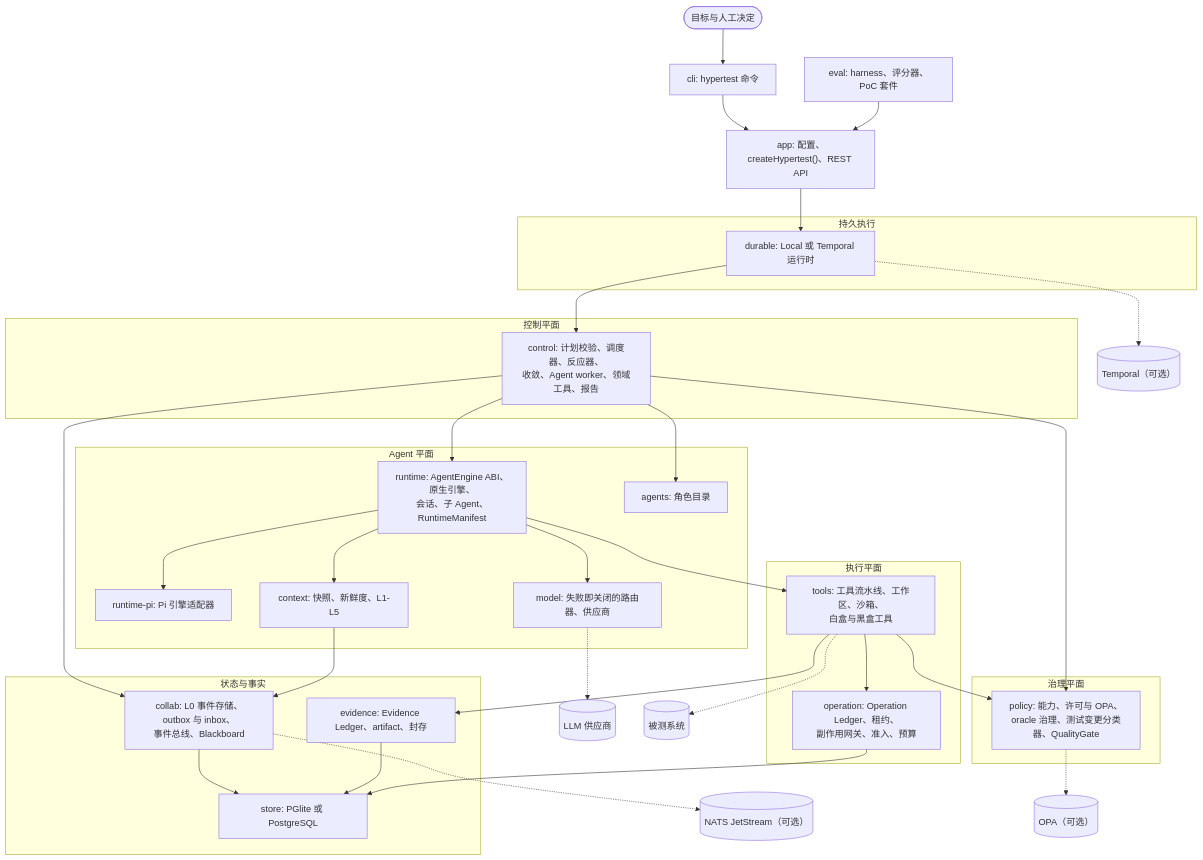
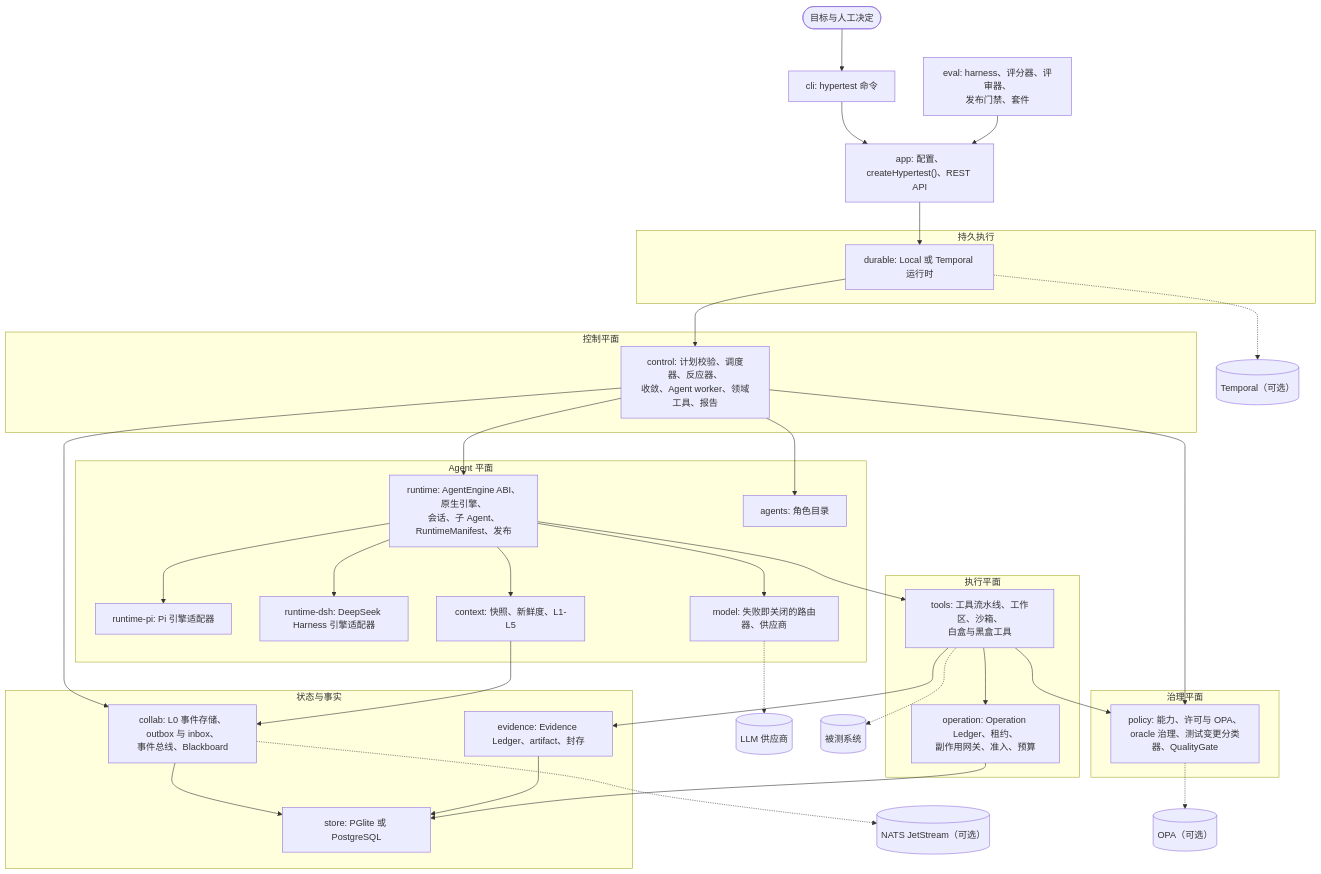
Before and after one commit to ZhangLiangchen/hypertest: the diagram in README.zh-CN.md, drawn with Mermaid. The commit also changed other lines of this file and 110 other files, not shown here.

````diff
--- a/README.zh-CN.md
+++ b/README.zh-CN.md
@@ -48,53 +49,55 @@
 ```mermaid
 flowchart TB
   human(["目标与人工决定"]) --> cli["cli: hypertest 命令"]
   cli --> app["app: 配置、createHypertest()、REST API"]
-  eval["eval: harness、评分器、PoC 套件"] --> app
+  eval["eval: harness、评分器、评审器、<br/>发布门禁、套件"] --> app
   app --> durable
   subgraph DUR["持久执行"]
     durable["durable: Local 或 Temporal 运行时"]
   end
   subgraph CTL["控制平面"]
     control["control: 计划校验、调度器、反应器、<br/>收敛、Agent worker、领域工具、报告"]
   end
   subgraph AGT["Agent 平面"]
-    runtime["runtime: AgentEngine ABI、原生引擎、<br/>会话、子 Agent、RuntimeManifest"]
+    runtime["runtime: AgentEngine ABI、原生引擎、<br/>会话、子 Agent、RuntimeManifest、发布"]
     pi["runtime-pi: Pi 引擎适配器"]
+    dsh["runtime-dsh: DeepSeek Harness 引擎适配器"]
     agents["agents: 角色目录"]
     model["model: 失败即关闭的路由器、供应商"]
     context["context: 快照、新鲜度、L1-L5"]
   end
   subgraph EXE["执行平面"]
     tools["tools: 工具流水线、工作区、沙箱、<br/>白盒与黑盒工具"]
     operation["operation: Operation Ledger、租约、<br/>副作用网关、准入、预算"]
   end
   subgraph GOV["治理平面"]
     policy["policy: 能力、许可与 OPA、<br/>oracle 治理、测试变更分类器、QualityGate"]
   end
   subgraph TRU["状态与事实"]
     collab["collab: L0 事件存储、outbox 与 inbox、<br/>事件总线、Blackboard"]
     evidence["evidence: Evidence Ledger、artifact、封存"]
     store["store: PGlite 或 PostgreSQL"]
   end
   durable --> control
   control --> runtime
   control --> agents
   control --> policy
   control --> collab
   runtime --> pi
+  runtime --> dsh
   runtime --> model
   runtime --> context
   runtime --> tools
   tools --> policy
   tools --> operation
   tools --> evidence
   context --> collab
   collab --> store
   evidence --> store
   operation --> store
   model -.-> llm[("LLM 供应商")]
   tools -.-> sut[("被测系统")]
   collab -.-> nats[("NATS JetStream（可选）")]
   durable -.-> temporal[("Temporal（可选）")]
   policy -.-> opa[("OPA（可选）")]
 ```
````
